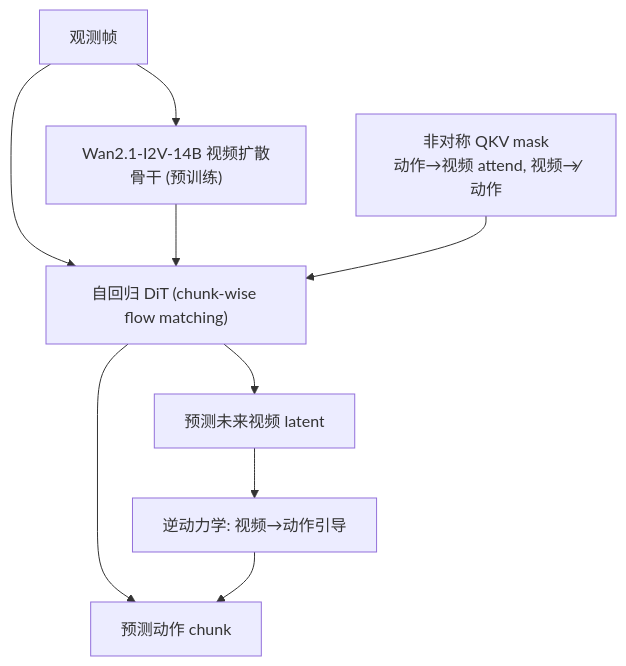
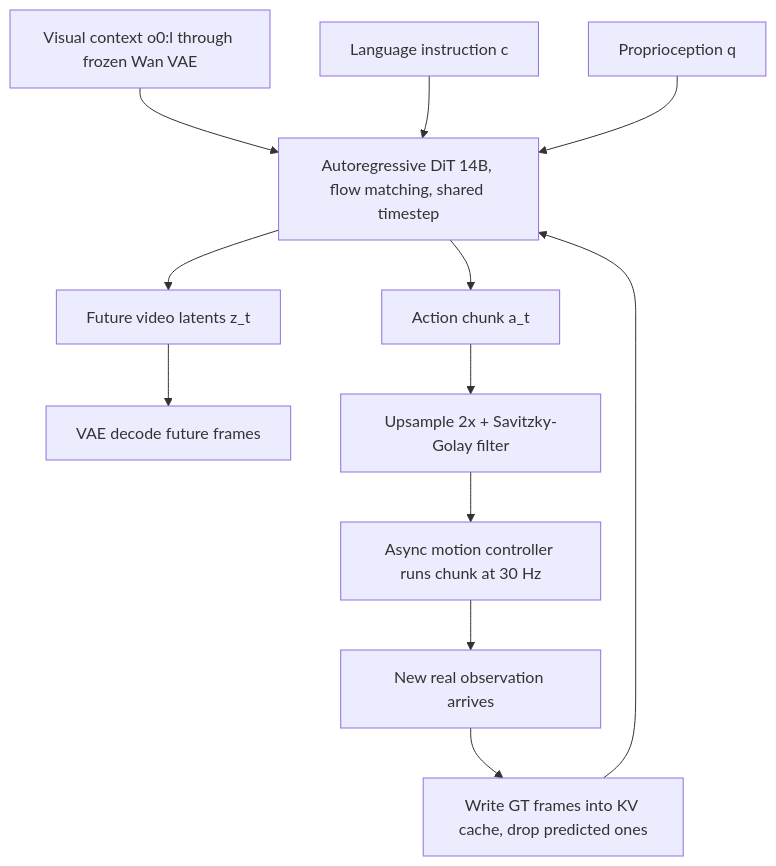
Before and after one commit to luohu-arch/physical_intelligence_study: the diagram in notes/world-model/dreamzero.md, drawn with Mermaid. The commit also changed other lines of this file and 22 other files, not shown here.

````diff
--- a/notes/world-model/dreamzero.md
+++ b/notes/world-model/dreamzero.md
@@ -24,11 +25,14 @@
 ```mermaid
 graph TD
-    OBS["观测帧"] --> WAN["Wan2.1-I2V-14B 视频扩散骨干 (预训练)"]
-    OBS --> DIT["自回归 DiT (chunk-wise flow matching)"]
-    WAN --> DIT
-    DIT --> VID["预测未来视频 latent"]
-    DIT --> ACT["预测动作 chunk"]
-    MASK["非对称 QKV mask<br/>动作→视频 attend, 视频↛动作"] --> DIT
-    VID --> IDM["逆动力学: 视频→动作引导"]
-    IDM --> ACT
+    V["Visual context o0:l through frozen Wan VAE"] --> DIT["Autoregressive DiT 14B, flow matching, shared timestep"]
+    L["Language instruction c"] --> DIT
+    Q["Proprioception q"] --> DIT
+    DIT --> VOUT["Future video latents z_t"]
+    DIT --> AOUT["Action chunk a_t"]
+    VOUT --> DEC["VAE decode future frames"]
+    AOUT --> SMOOTH["Upsample 2x + Savitzky-Golay filter"]
+    SMOOTH --> CTRL["Async motion controller runs chunk at 30 Hz"]
+    CTRL --> OBS["New real observation arrives"]
+    OBS --> KV["Write GT frames into KV cache, drop predicted ones"]
+    KV --> DIT
 ```
````
